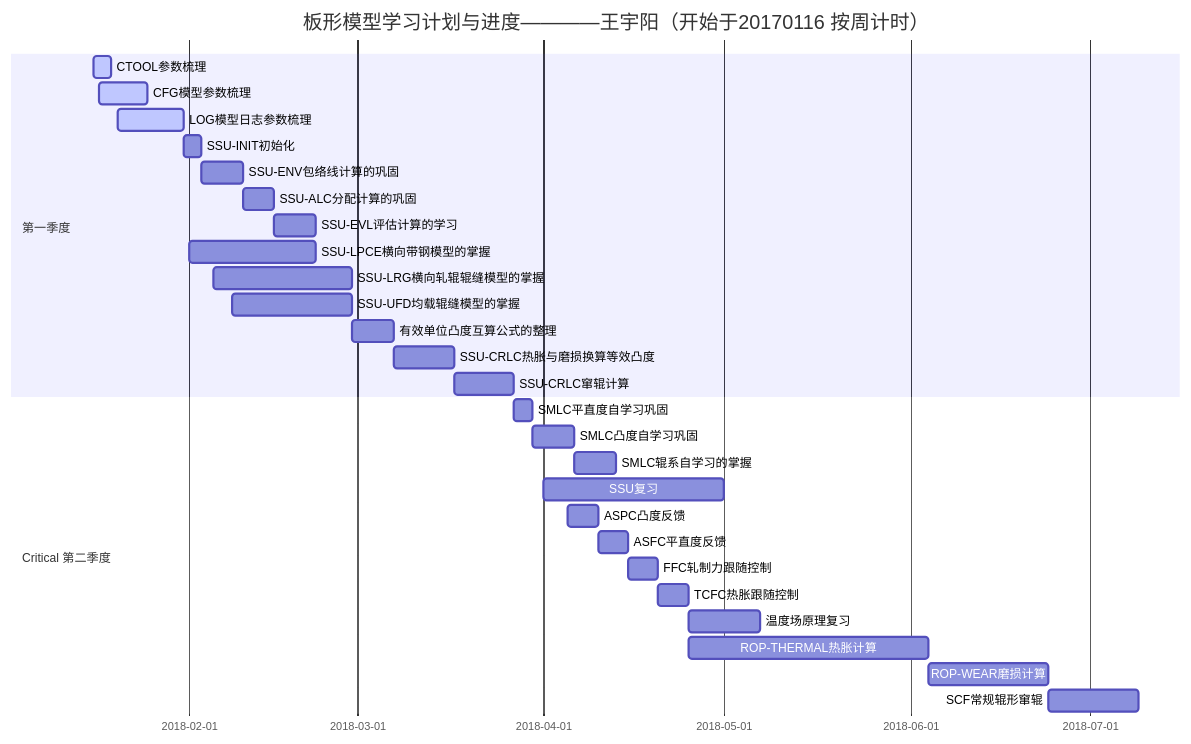
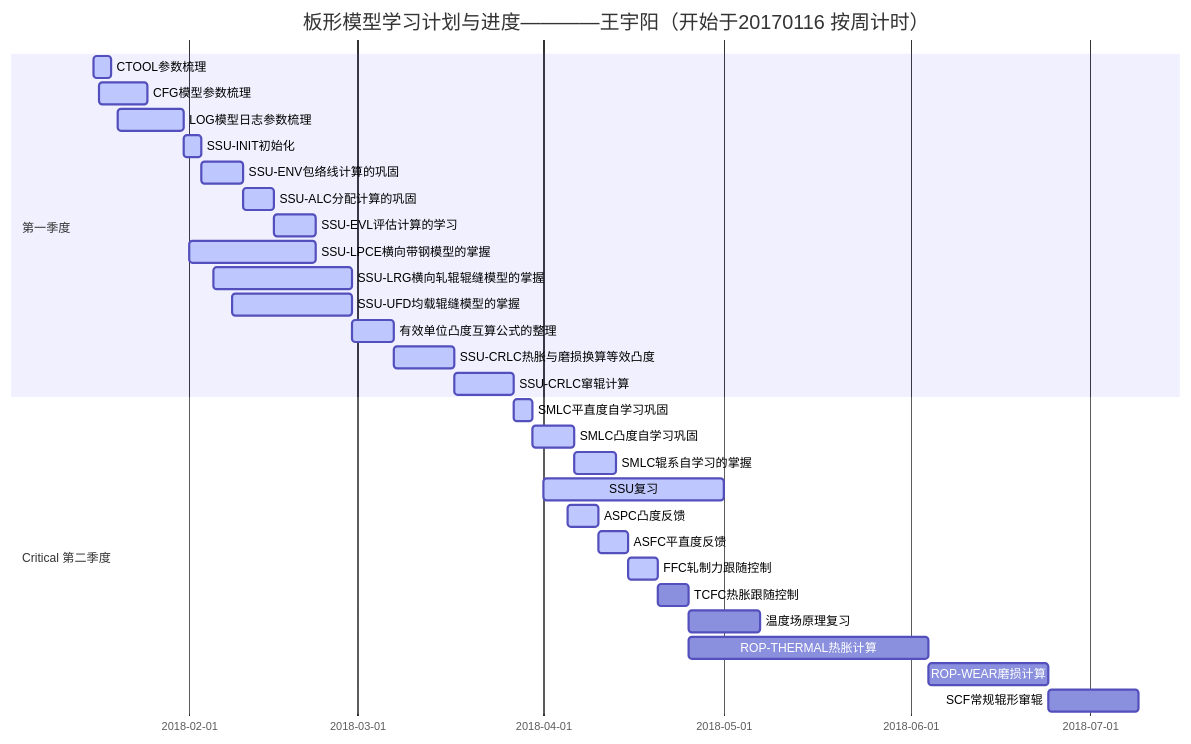
The diagram in gantt.md (nekohor/digestion_of_shape_model), drawn with Mermaid before and after one commit. The commit also changed 58 other files, not shown here.

````diff
--- a/gantt.md
+++ b/gantt.md
@@ -1,35 +1,35 @@
 ```mermaid
 gantt 
 dateFormat YYYY-MM-DD
 title 板形模型学习计划与进度————王宇阳（开始于20170116 按周计时）
 
 section 第一季度
 CTOOL参数梳理   :active,p1,2018-01-16,2018-01-19
 CFG模型参数梳理     :active,p2,2018-01-17,2018-01-25
 LOG模型日志参数梳理 :active,p3,2018-01-20,2018-01-31
-SSU-INIT初始化                    :3d
-SSU-ENV包络线计算的巩固           :7d
-SSU-ALC分配计算的巩固             :5d
-SSU-EVL评估计算的学习             :7d
-SSU-LPCE横向带钢模型的掌握        :2018-02-01,2018-02-22
-SSU-LRG横向轧辊辊缝模型的掌握         :2018-02-05,2018-02-28
-SSU-UFD均载辊缝模型的掌握         :2018-02-08,2018-02-28
-有效单位凸度互算公式的整理        :2018-02-28,7d
-SSU-CRLC热胀与磨损换算等效凸度  :10d
-SSU-CRLC窜辊计算                  :10d
+SSU-INIT初始化                    :active,3d
+SSU-ENV包络线计算的巩固           :active,7d
+SSU-ALC分配计算的巩固             :active,5d
+SSU-EVL评估计算的学习             :active,7d
+SSU-LPCE横向带钢模型的掌握        :active,2018-02-01,2018-02-22
+SSU-LRG横向轧辊辊缝模型的掌握         :active,2018-02-05,2018-02-28
+SSU-UFD均载辊缝模型的掌握         :active,2018-02-08,2018-02-28
+有效单位凸度互算公式的整理        :active,2018-02-28,7d
+SSU-CRLC热胀与磨损换算等效凸度  :active,10d
+SSU-CRLC窜辊计算                  :active,10d
 section Critical 第二季度
-SMLC平直度自学习巩固      :3d
-SMLC凸度自学习巩固        :7d
-SMLC辊系自学习的掌握      :7d
-SSU复习                   :2018-04-01,2018-05-01
-ASPC凸度反馈              :2018-04-05,5d
-ASFC平直度反馈            :5d
-FFC轧制力跟随控制         :5d
+SMLC平直度自学习巩固      :active,3d
+SMLC凸度自学习巩固        :active,7d
+SMLC辊系自学习的掌握      :active,7d
+SSU复习                   :active,2018-04-01,2018-05-01
+ASPC凸度反馈              :active,2018-04-05,5d
+ASFC平直度反馈            :active,5d
+FFC轧制力跟随控制         :active,5d
 TCFC热胀跟随控制          :5d
 温度场原理复习            :12d
 ROP-THERMAL热胀计算       :2018-04-25,40d
 ROP-WEAR磨损计算          :20d
 SCF常规辊形窜辊           :15d
 
 
 ```
````
